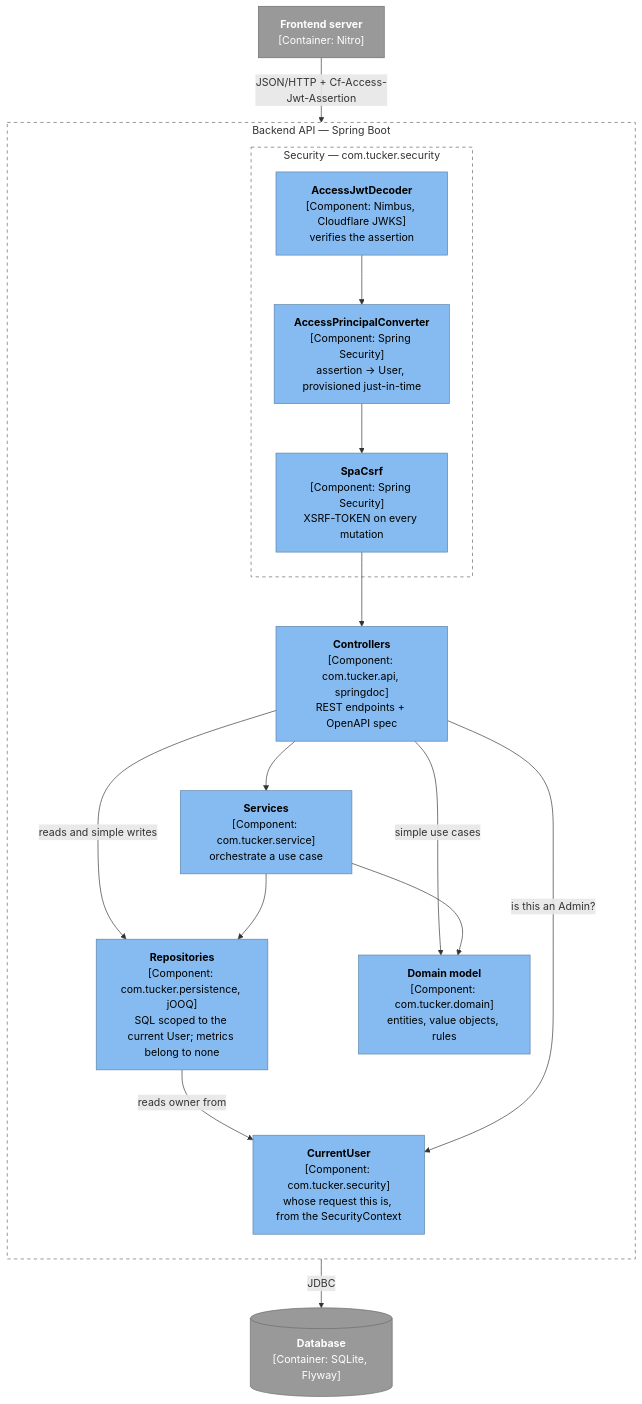
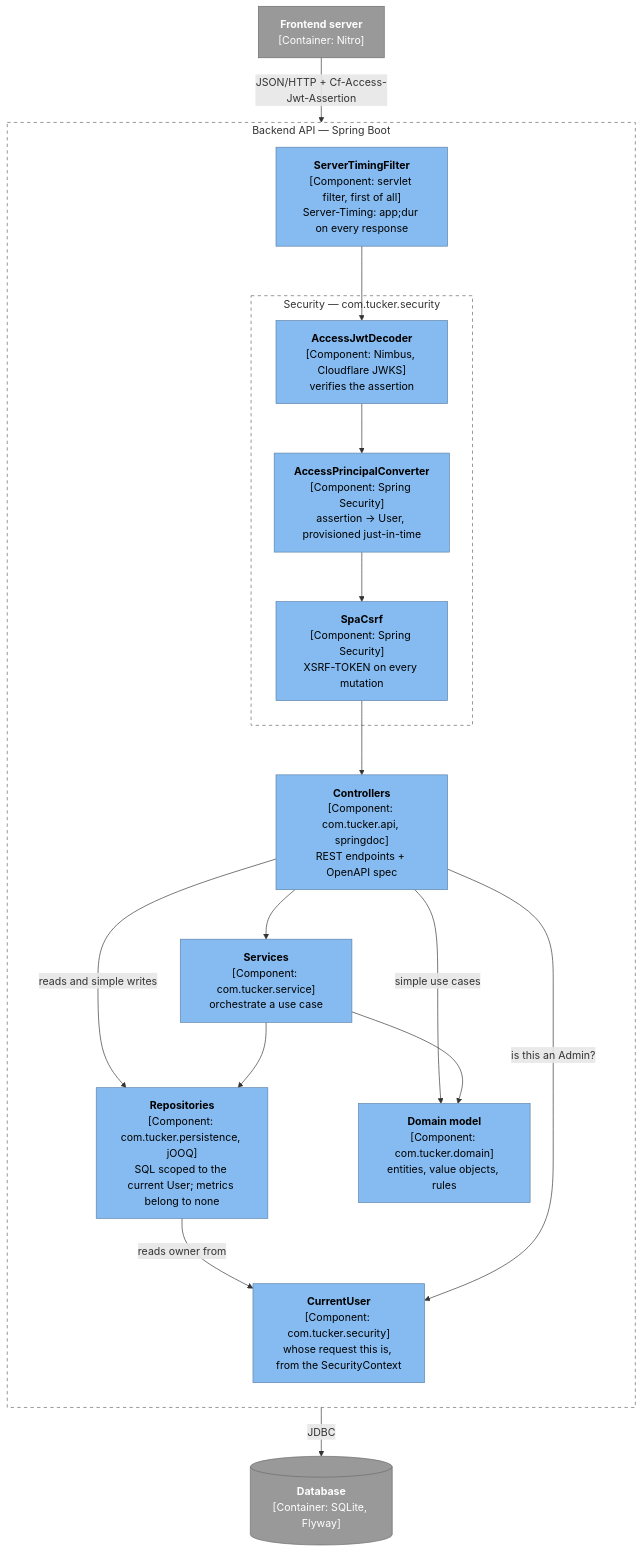
One commit to skrymer/tucker changed the fourth of 10 diagrams in docs/architecture.md. Above: the diagram before and after it, drawn with Mermaid. The commit also changed other lines of this file and 34 other files, not shown here.

````diff
--- a/docs/architecture.md
+++ b/docs/architecture.md
@@ -160,37 +160,39 @@
 ```mermaid
 flowchart TD
   web["<b>Frontend server</b><br/>[Container: Nitro]"]:::ext
 
   subgraph api["Backend API — Spring Boot"]
     direction TB
+    timing["<b>ServerTimingFilter</b><br/>[Component: servlet filter, first of all]<br/>Server-Timing: app;dur on every response"]:::component
     subgraph sec["Security — com.tucker.security"]
       jwt["<b>AccessJwtDecoder</b><br/>[Component: Nimbus, Cloudflare JWKS]<br/>verifies the assertion"]:::component
       principal["<b>AccessPrincipalConverter</b><br/>[Component: Spring Security]<br/>assertion → User, provisioned just-in-time"]:::component
       csrf["<b>SpaCsrf</b><br/>[Component: Spring Security]<br/>XSRF-TOKEN on every mutation"]:::component
     end
     current["<b>CurrentUser</b><br/>[Component: com.tucker.security]<br/>whose request this is, from the SecurityContext"]:::component
     controllers["<b>Controllers</b><br/>[Component: com.tucker.api, springdoc]<br/>REST endpoints + OpenAPI spec"]:::component
     services["<b>Services</b><br/>[Component: com.tucker.service]<br/>orchestrate a use case"]:::component
     domain["<b>Domain model</b><br/>[Component: com.tucker.domain]<br/>entities, value objects, rules"]:::component
     repos["<b>Repositories</b><br/>[Component: com.tucker.persistence, jOOQ]<br/>SQL scoped to the current User; metrics belong to none"]:::component
   end
   db[("<b>Database</b><br/>[Container: SQLite, Flyway]")]:::ext
 
-  web -- "JSON/HTTP + Cf-Access-Jwt-Assertion" --> jwt
+  web -- "JSON/HTTP + Cf-Access-Jwt-Assertion" --> timing
+  timing --> jwt
   jwt --> principal
   principal --> csrf
   csrf --> controllers
   controllers --> services
   controllers -- "reads and simple writes" --> repos
   controllers -- "simple use cases" --> domain
   services --> domain
   services --> repos
   repos -- "reads owner from" --> current
   controllers -- "is this an Admin?" --> current
   repos -- "JDBC" --> db
 
   classDef component fill:#85bbf0,color:#000,stroke:#5d82a8
   classDef ext fill:#999,color:#fff,stroke:#6b6b6b
   style api fill:none,stroke:#666,stroke-dasharray:5 5
   style sec fill:none,stroke:#666,stroke-dasharray:5 5
 ```
````
